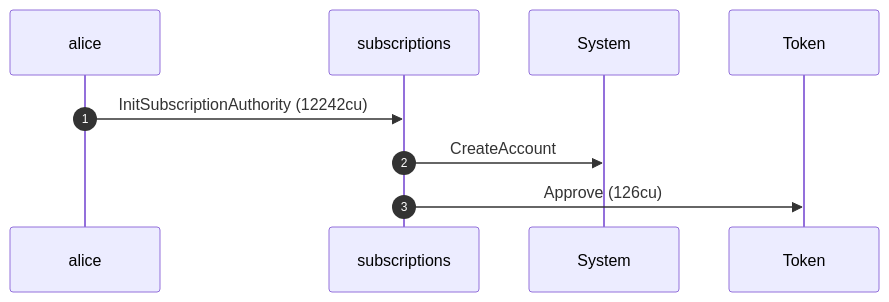
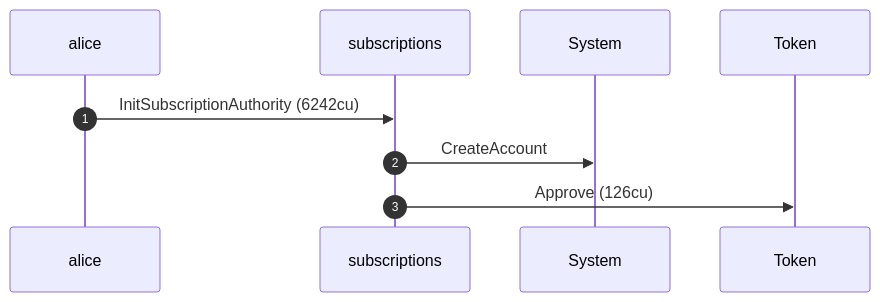
Before and after one commit to cds-rs/subscriptions: the first of 12 diagrams in dsl_tests/cancel-caps-expiry-at-the-plan-end-ts.md, drawn with Mermaid. The commit also changed other lines of this file and 224 other files, not shown here.

````diff
--- a/dsl_tests/cancel-caps-expiry-at-the-plan-end-ts.md
+++ b/dsl_tests/cancel-caps-expiry-at-the-plan-end-ts.md
@@ -24,11 +25,11 @@
 ```mermaid
 sequenceDiagram
     autonumber
     participant alice
     participant subscriptions
     participant System
     participant Token
-    alice ->> subscriptions: InitSubscriptionAuthority (12242cu)
+    alice ->> subscriptions: InitSubscriptionAuthority (6242cu)
     subscriptions ->> System: CreateAccount
     subscriptions ->> Token: Approve (126cu)
 ```
````
